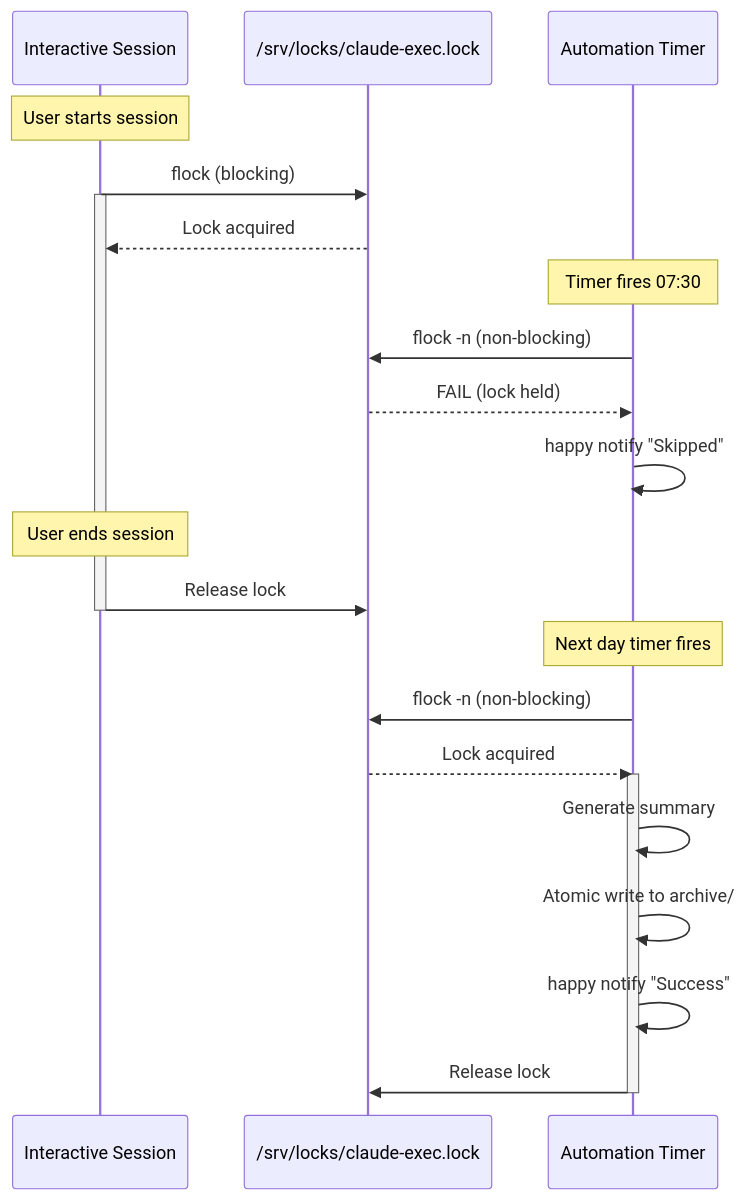
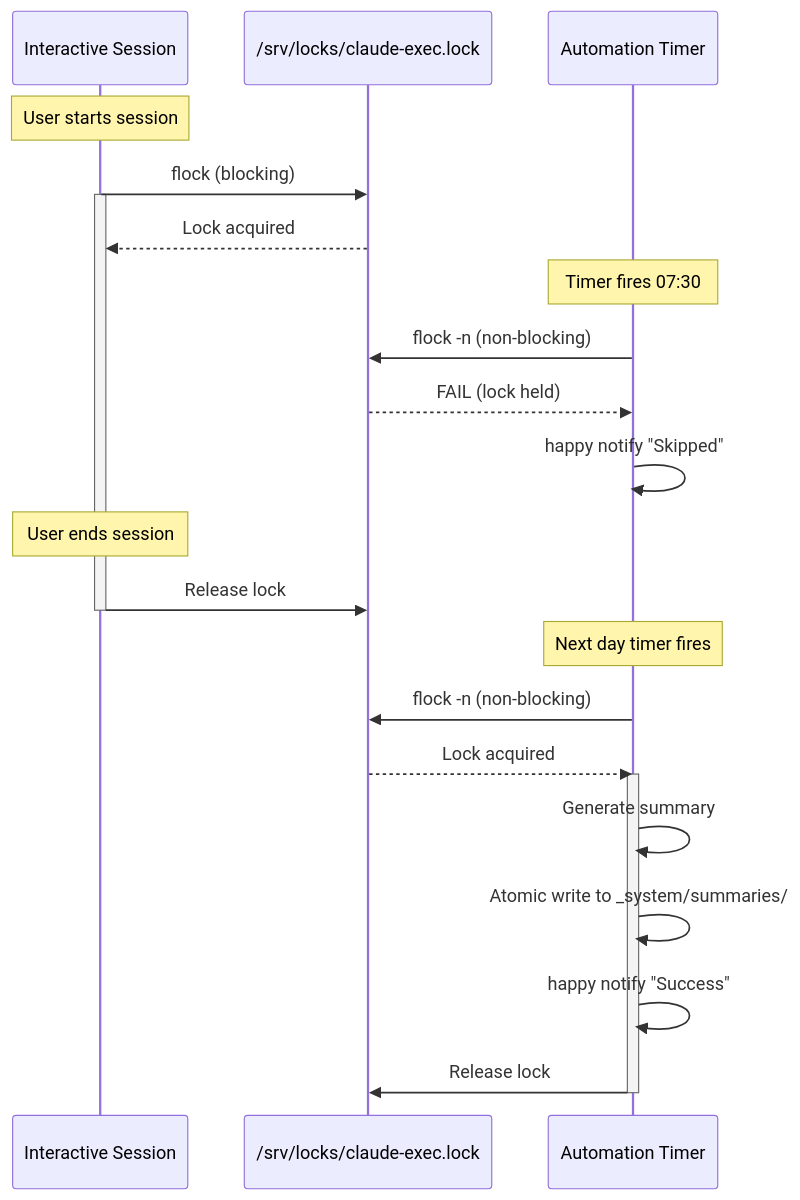
One commit to patjackson52/second-brain changed the third of 5 diagrams in docs/architecture.md. Above: the diagram before and after it, drawn with Mermaid. The commit also changed other lines of this file and 87 other files, not shown here.

````diff
--- a/docs/architecture.md
+++ b/docs/architecture.md
@@ -71,30 +72,30 @@
 ```mermaid
 sequenceDiagram
     participant I as Interactive Session
     participant L as /srv/locks/claude-exec.lock
     participant A as Automation Timer
 
     Note over I: User starts session
     I->>L: flock (blocking)
     activate I
     L-->>I: Lock acquired
 
     Note over A: Timer fires 07:30
     A->>L: flock -n (non-blocking)
     L-->>A: FAIL (lock held)
     A->>A: happy notify "Skipped"
 
     Note over I: User ends session
     I->>L: Release lock
     deactivate I
 
     Note over A: Next day timer fires
     A->>L: flock -n (non-blocking)
     L-->>A: Lock acquired
     activate A
     A->>A: Generate summary
-    A->>A: Atomic write to archive/
+    A->>A: Atomic write to _system/summaries/
     A->>A: happy notify "Success"
     A->>L: Release lock
     deactivate A
 ```
````
